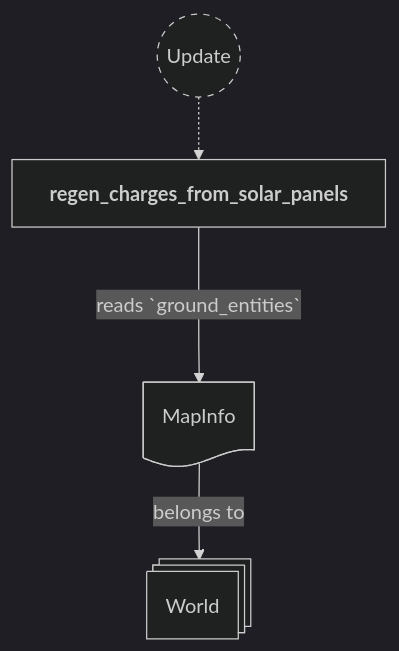
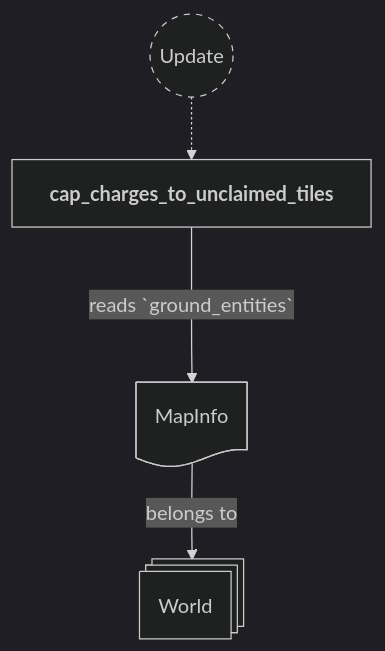
Before and after one commit to neurosoup/tyled: the fourth of 6 diagrams in backlog/docs/doc-23 - 021-Charge-plugin.md, drawn with Mermaid. The commit also changed other lines of this file and 5 other files, not shown here.

````diff
--- a/backlog/docs/doc-23 - 021-Charge-plugin.md
+++ b/backlog/docs/doc-23 - 021-Charge-plugin.md
@@ -154,21 +170,21 @@
 ```mermaid
 ---
 config:
   theme: dark
 ---
 
 flowchart TD
 classDef system-group stroke-dasharray: 5 5
 
 update(("`Update`")):::system-group
-regen["`**regen_charges_from_solar_panels**`"]
+cap["`**cap_charges_to_unclaimed_tiles**`"]
 
-update -.-> regen
+update -.-> cap
 
 world@{ shape: st-rect, label: "World" }
 map_info_res@{ shape: doc, label: "MapInfo" }
 
 map_info_res --> |belongs to| world
 
-regen ---> |reads `ground_entities`| map_info_res
+cap ---> |reads `ground_entities`| map_info_res
 ```
````
